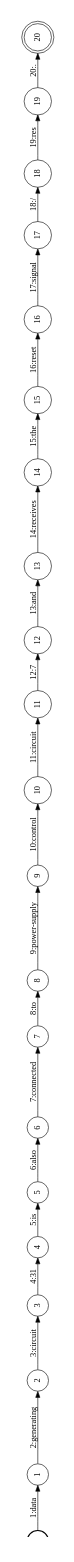
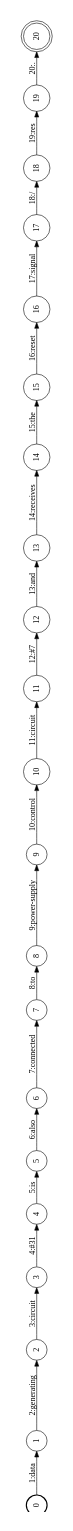
One commit to pepijnkokke/UvA-MT2-PBT changed the diagram in out/task1/dev.en.9.dot. Above: the diagram before and after it, drawn with Graphviz. The commit also changed 50 other files, not shown here.

```diff
--- a/out/task1/dev.en.9.dot
+++ b/out/task1/dev.en.9.dot
@@ -1,50 +1,50 @@
 digraph FST {
 rankdir = LR;
 size = "8.5,11";
 label = "";
 center = 1;
 orientation = Landscape;
 ranksep = "0.4";
 nodesep = "0.25";
 0 [label = "0", shape = circle, style = bold, fontsize = 14]
 	0 -> 1 [label = "1:data", fontsize = 14];
 1 [label = "1", shape = circle, style = solid, fontsize = 14]
 	1 -> 2 [label = "2:generating", fontsize = 14];
 2 [label = "2", shape = circle, style = solid, fontsize = 14]
 	2 -> 3 [label = "3:circuit", fontsize = 14];
 3 [label = "3", shape = circle, style = solid, fontsize = 14]
-	3 -> 4 [label = "4:31", fontsize = 14];
+	3 -> 4 [label = "4:#31", fontsize = 14];
 4 [label = "4", shape = circle, style = solid, fontsize = 14]
 	4 -> 5 [label = "5:is", fontsize = 14];
 5 [label = "5", shape = circle, style = solid, fontsize = 14]
 	5 -> 6 [label = "6:also", fontsize = 14];
 6 [label = "6", shape = circle, style = solid, fontsize = 14]
 	6 -> 7 [label = "7:connected", fontsize = 14];
 7 [label = "7", shape = circle, style = solid, fontsize = 14]
 	7 -> 8 [label = "8:to", fontsize = 14];
 8 [label = "8", shape = circle, style = solid, fontsize = 14]
 	8 -> 9 [label = "9:power-supply", fontsize = 14];
 9 [label = "9", shape = circle, style = solid, fontsize = 14]
 	9 -> 10 [label = "10:control", fontsize = 14];
 10 [label = "10", shape = circle, style = solid, fontsize = 14]
 	10 -> 11 [label = "11:circuit", fontsize = 14];
 11 [label = "11", shape = circle, style = solid, fontsize = 14]
-	11 -> 12 [label = "12:7", fontsize = 14];
+	11 -> 12 [label = "12:#7", fontsize = 14];
 12 [label = "12", shape = circle, style = solid, fontsize = 14]
 	12 -> 13 [label = "13:and", fontsize = 14];
 13 [label = "13", shape = circle, style = solid, fontsize = 14]
 	13 -> 14 [label = "14:receives", fontsize = 14];
 14 [label = "14", shape = circle, style = solid, fontsize = 14]
 	14 -> 15 [label = "15:the", fontsize = 14];
 15 [label = "15", shape = circle, style = solid, fontsize = 14]
 	15 -> 16 [label = "16:reset", fontsize = 14];
 16 [label = "16", shape = circle, style = solid, fontsize = 14]
 	16 -> 17 [label = "17:signal", fontsize = 14];
 17 [label = "17", shape = circle, style = solid, fontsize = 14]
 	17 -> 18 [label = "18:/", fontsize = 14];
 18 [label = "18", shape = circle, style = solid, fontsize = 14]
 	18 -> 19 [label = "19:res", fontsize = 14];
 19 [label = "19", shape = circle, style = solid, fontsize = 14]
 	19 -> 20 [label = "20:.", fontsize = 14];
 20 [label = "20", shape = doublecircle, style = solid, fontsize = 14]
 }
```
